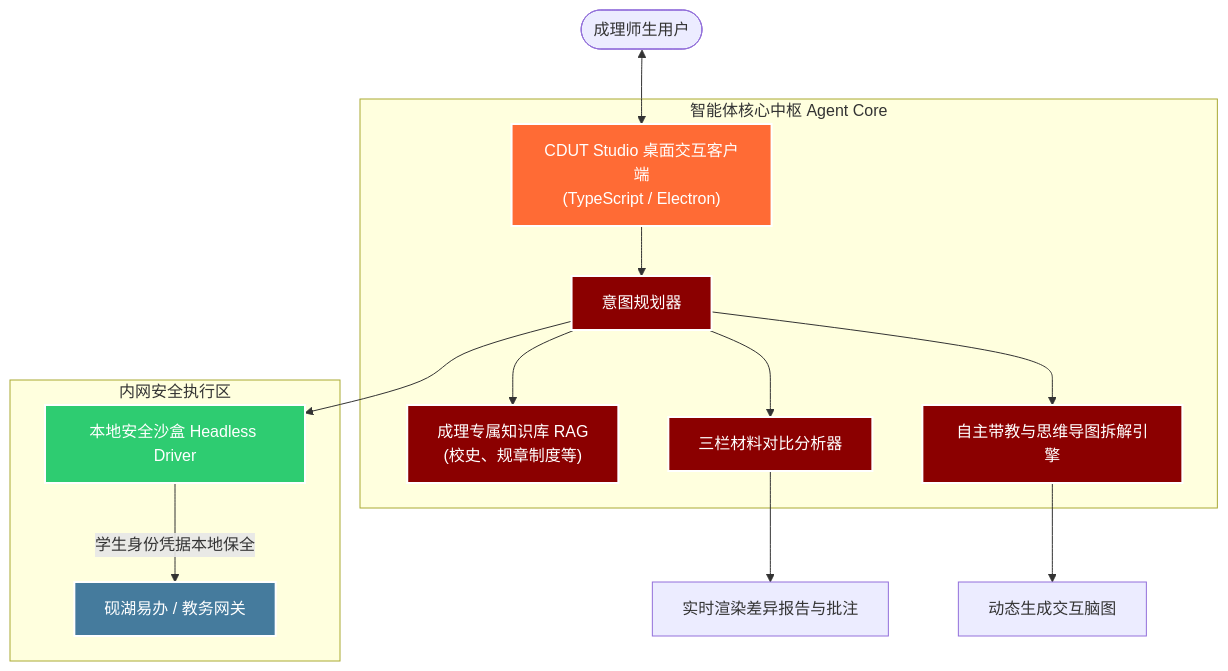
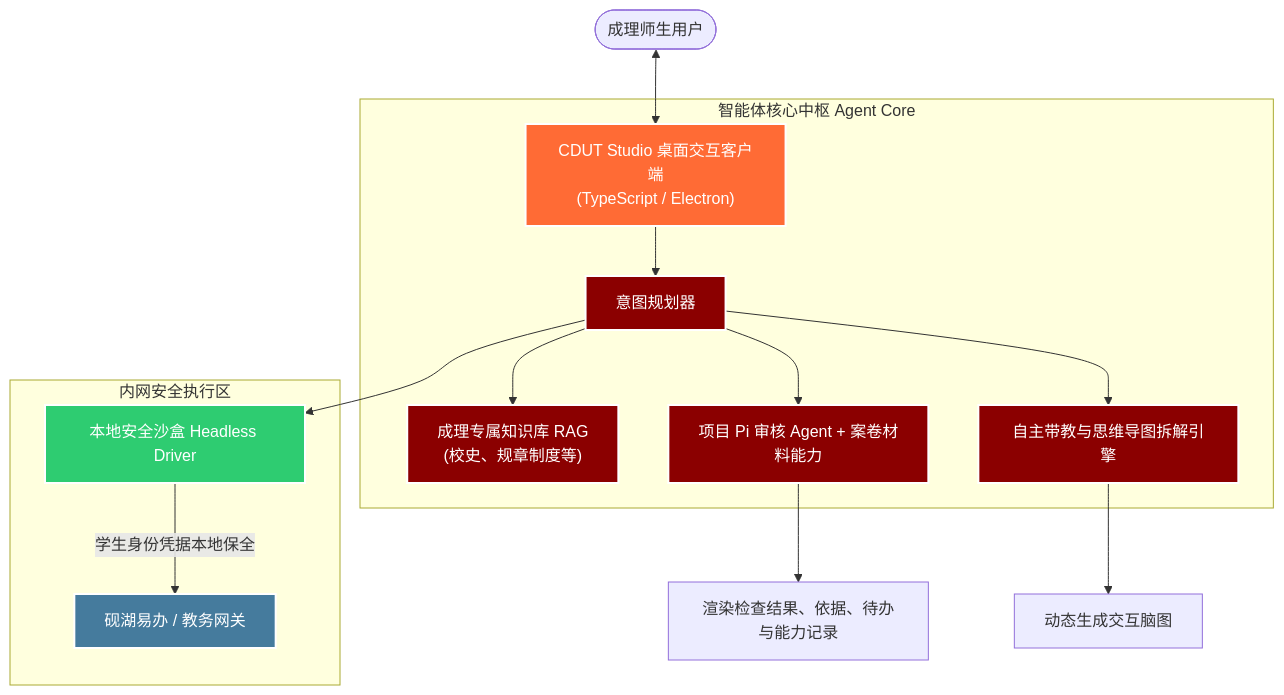
Before and after one commit to Fuck-GH-Admin/cdut-studio-review-agent: the diagram in README.md, drawn with Mermaid. The commit also changed other lines of this file and 59 other files, not shown here.

````diff
--- a/README.md
+++ b/README.md
@@ -153,24 +156,24 @@
 ```mermaid
 graph TD
     classDef client fill:#FF6B35,stroke:#fff,stroke-width:2px,color:#fff;
     classDef brain fill:#8B0000,stroke:#fff,stroke-width:2px,color:#fff;
     classDef secure fill:#2ECC71,stroke:#fff,stroke-width:2px,color:#fff;
     classDef target fill:#457B9D,stroke:#fff,stroke-width:2px,color:#fff;
 
     User(["成理师生用户"]) <--> Client["CDUT Studio 桌面交互客户端<br/>(TypeScript / Electron)"]:::client
 
     subgraph CoreEngine ["智能体核心中枢 Agent Core"]
         Client --> Planner["意图规划器"]:::brain
         Planner --> RAG["成理专属知识库 RAG<br/>(校史、规章制度等)"]:::brain
         Planner --> Tutor["自主带教与思维导图拆解引擎"]:::brain
-        Planner --> Audit["三栏材料对比分析器"]:::brain
+        Planner --> Audit["项目 Pi 审核 Agent + 案卷材料能力"]:::brain
     end
 
     subgraph Automation ["内网安全执行区"]
         Planner --> Sandbox["本地安全沙盒 Headless Driver"]:::secure
         Sandbox -->|"学生身份凭据本地保全"| Yanhu["砚湖易办 / 教务网关"]:::target
     end
 
-    Audit --> Visual["实时渲染差异报告与批注"]
+    Audit --> Visual["渲染检查结果、依据、待办与能力记录"]
     Tutor --> Mindmap["动态生成交互脑图"]
 ```
````
